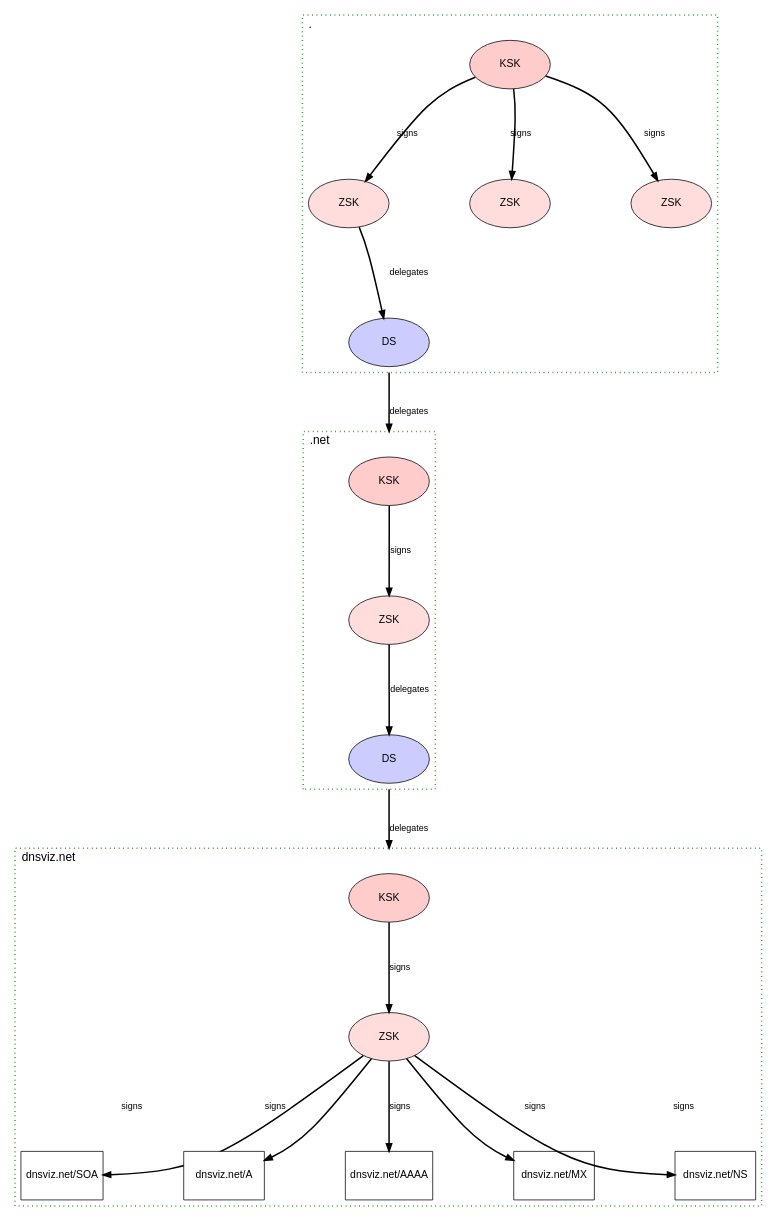
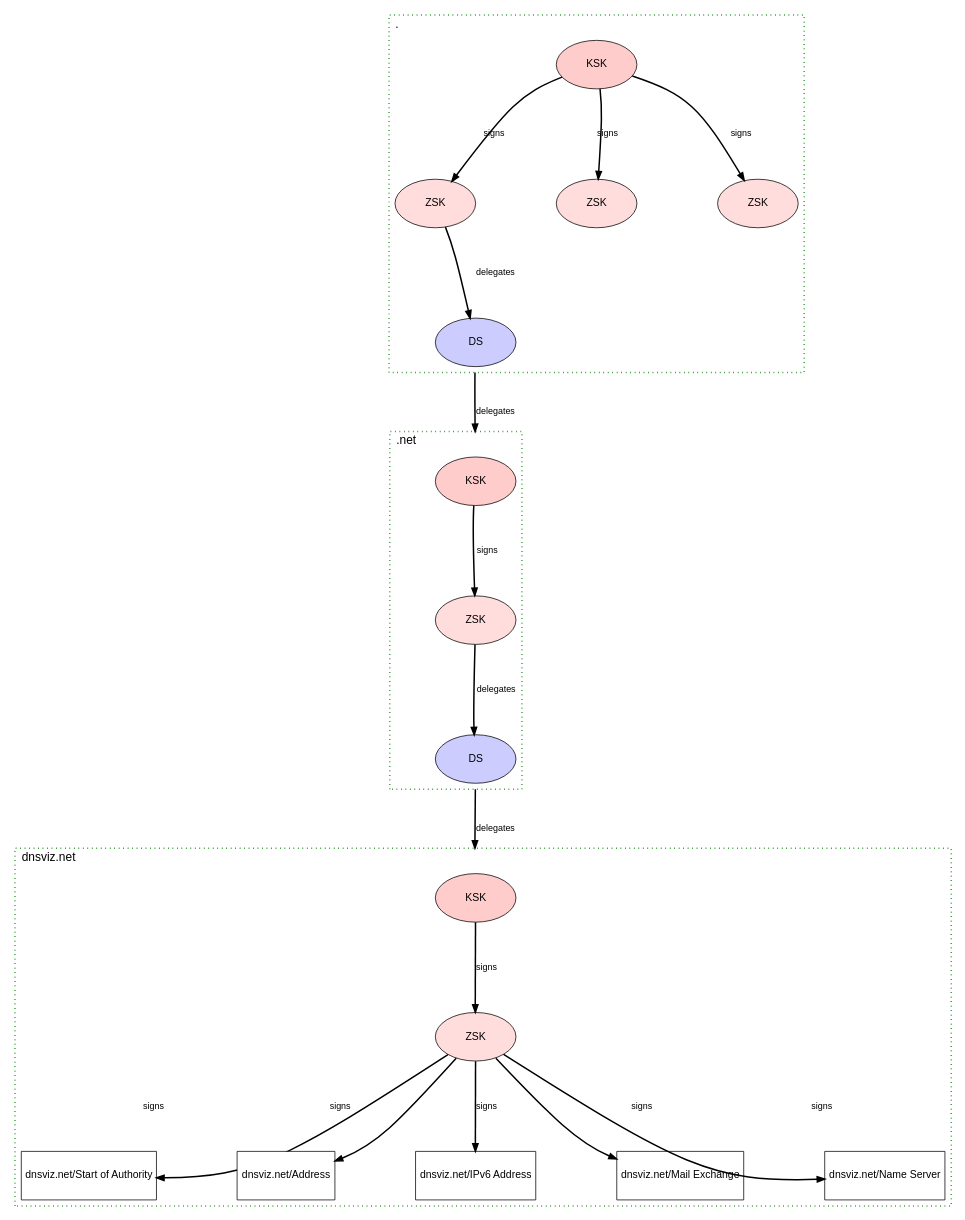
The diagram in src/examplegraph.dot (ahmadW74/cautious-chainsaw), drawn with Graphviz before and after one commit. The commit also changed 1 other file, not shown here.

```diff
--- a/src/examplegraph.dot
+++ b/src/examplegraph.dot
@@ -1,107 +1,107 @@
 digraph DNS_Hierarchy {
     rankdir=TB;
     compound=true;
     splines=curved;
     nodesep=1.5;
     ranksep=1.5;
 
     // default styling
     node [
         shape=ellipse,
         style=filled,
         fontname="Arial",
         fontsize=14,
         fontweight="bold",
         width=1.5,
         height=0.9
     ];
     edge [
         color=black,
         penwidth=2,
         fontname="Arial",
         fontsize=12,
         fontweight="bold"
     ];
 
     // -------- ROOT ZONE (.) --------
     subgraph cluster_top {
         label=".";
         labelloc=t;
         labeljust=l;
         fontname="Arial";
         fontsize=16;
         fontweight="bold";
         style=dotted;
         penwidth=2;
         color=green;
         fillcolor="#e6ffe6";
 
         root [label="KSK", fillcolor="#ffcccc"];
         dns1 [label="ZSK", fillcolor="#ffdddd"];
         dns2 [label="ZSK", fillcolor="#ffdddd"];
         dns3 [label="ZSK", fillcolor="#ffdddd"];
         ds1  [label="DS",  fillcolor="#ccccff"];
 
         root -> dns1 [label="signs"];
         root -> dns2 [label="signs"];
         root -> dns3 [label="signs"];
         dns1 -> ds1  [label="delegates"];
     }
 
     // connect root DS to .net KSK
     ds1 -> middle_root [ltail=cluster_top, lhead=cluster_middle, label="delegates"];
 
     // -------- TLD ZONE (.net) --------
     subgraph cluster_middle {
         label=".net";
         labelloc=t;
         labeljust=l;
         fontname="Arial";
         fontsize=16;
         fontweight="bold";
         style=dotted;
         penwidth=2;
         color=green;
         fillcolor="#e6ffe6";
 
         middle_root [label="KSK", fillcolor="#ffcccc"];
         middle_dns  [label="ZSK", fillcolor="#ffdddd"];
         ds2          [label="DS",  fillcolor="#ccccff"];
 
         middle_root -> middle_dns [label="signs"];
         middle_dns  -> ds2        [label="delegates"];
     }
 
     // connect .net DS to dnsviz.net KSK
     ds2 -> bottom_root [ltail=cluster_middle, lhead=cluster_bottom, label="delegates"];
 
     // -------- AUTHORITATIVE ZONE (dnsviz.net) --------
     subgraph cluster_bottom {
         label="dnsviz.net";
         labelloc=t;
         labeljust=l;
         fontname="Arial";
         fontsize=16;
         fontweight="bold";
         style=dotted;
         penwidth=2;
         color=green;
         fillcolor="#e6ffe6";
 
         bottom_root [label="KSK", fillcolor="#ffcccc"];
         bottom_dns  [label="ZSK", fillcolor="#ffdddd"];
 
-        soa   [label="dnsviz.net/SOA",   shape=rectangle, fillcolor=white];
-        a     [label="dnsviz.net/A",     shape=rectangle, fillcolor=white];
-        aaaa  [label="dnsviz.net/AAAA",  shape=rectangle, fillcolor=white];
-        mx    [label="dnsviz.net/MX",    shape=rectangle, fillcolor=white];
-        ns    [label="dnsviz.net/NS",    shape=rectangle, fillcolor=white];
+        soa   [label="dnsviz.net/Start of Authority",   shape=rectangle, fillcolor=white];
+        a     [label="dnsviz.net/Address",               shape=rectangle, fillcolor=white];
+        aaaa  [label="dnsviz.net/IPv6 Address",          shape=rectangle, fillcolor=white];
+        mx    [label="dnsviz.net/Mail Exchange",         shape=rectangle, fillcolor=white];
+        ns    [label="dnsviz.net/Name Server",           shape=rectangle, fillcolor=white];
 
         bottom_root -> bottom_dns [label="signs"];
         bottom_dns  -> soa        [label="signs"];
         bottom_dns  -> a          [label="signs"];
         bottom_dns  -> aaaa       [label="signs"];
         bottom_dns  -> mx         [label="signs"];
         bottom_dns  -> ns         [label="signs"];
     }
 }
```
